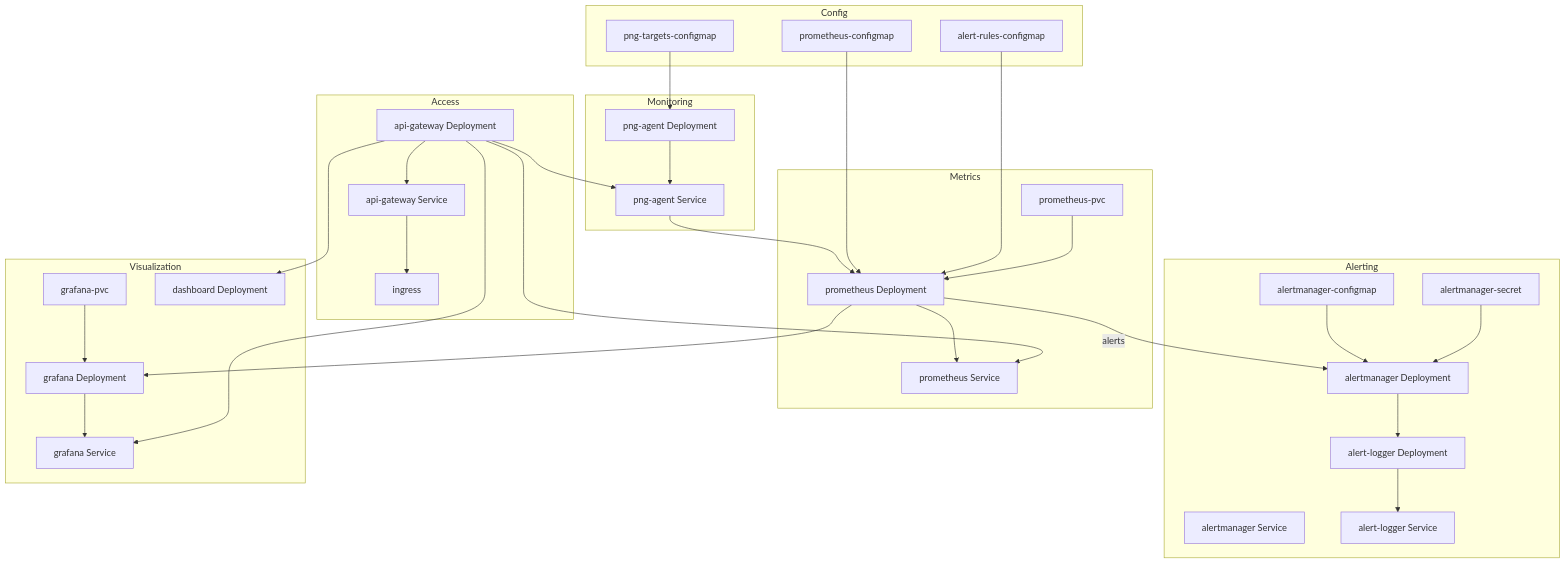
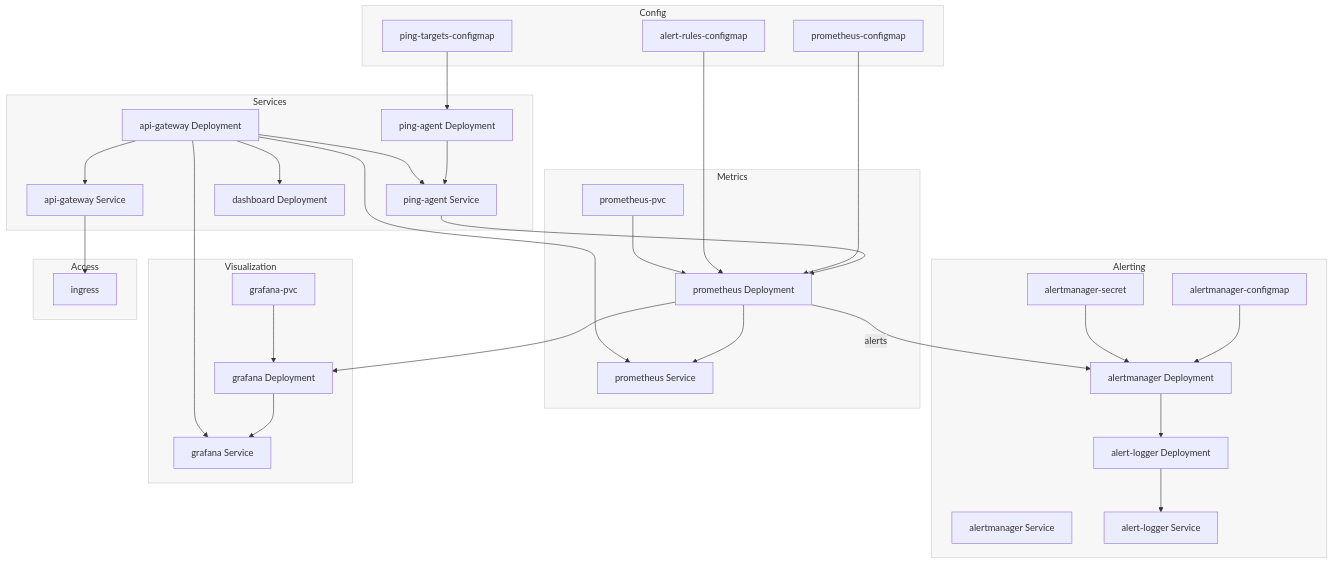
Before and after one commit to fattah247/UpTimePulse: the second of 2 diagrams in ARCHITECTURE.md, drawn with Mermaid. The commit also changed other lines of this file, not shown here.

Commit message:
docs(architecture): polish mermaid layout

````diff
--- a/ARCHITECTURE.md
+++ b/ARCHITECTURE.md
@@ -37,61 +56,65 @@
 ```mermaid
-flowchart TD
-  subgraph Config
-    targets[png-targets-configmap]
+flowchart TB
+  linkStyle default stroke-width:1px
+  classDef group fill:#f7f7f7,stroke:#cccccc,stroke-width:1px
+  subgraph Config["Config"]
+    targets[ping-targets-configmap]
     promCfg[prometheus-configmap]
     alertRules[alert-rules-configmap]
   end
 
-  subgraph Monitoring
-    ping[png-agent Deployment]
-    pingSvc[png-agent Service]
+  subgraph Services["Services"]
+    pingDep[ping-agent Deployment]
+    pingSvc[ping-agent Service]
+    apiDep[api-gateway Deployment]
+    apiSvc[api-gateway Service]
+    dash[dashboard Deployment]
   end
 
-  subgraph Metrics
-    prom[prometheus Deployment]
+  subgraph Metrics["Metrics"]
+    promDep[prometheus Deployment]
     promSvc[prometheus Service]
     promPVC[prometheus-pvc]
   end
 
-  subgraph Alerting
-    am[alertmanager Deployment]
+  subgraph Alerting["Alerting"]
+    amDep[alertmanager Deployment]
     amSvc[alertmanager Service]
     amCfg[alertmanager-configmap]
     amSecret[alertmanager-secret]
-    logger[alert-logger Deployment]
+    loggerDep[alert-logger Deployment]
     loggerSvc[alert-logger Service]
   end
 
-  subgraph Visualization
-    graf[grafana Deployment]
+  subgraph Visualization["Visualization"]
+    grafDep[grafana Deployment]
     grafSvc[grafana Service]
     grafPVC[grafana-pvc]
-    dash[dashboard Deployment]
   end
 
-  subgraph Access
-    api[api-gateway Deployment]
-    apiSvc[api-gateway Service]
+  subgraph Access["Access"]
     ing[ingress]
   end
 
-  targets --> ping
-  ping --> pingSvc --> prom
-  promCfg --> prom
-  alertRules --> prom
-  promPVC --> prom
-  prom --> promSvc
-  prom -->|alerts| am
-  amCfg --> am
-  amSecret --> am
-  am --> logger
-  logger --> loggerSvc
-  prom --> graf
-  grafPVC --> graf
-  graf --> grafSvc
-  api --> pingSvc
-  api --> promSvc
-  api --> grafSvc
-  api --> dash
-  api --> apiSvc --> ing
+  targets --> pingDep
+  pingDep --> pingSvc --> promDep
+  promCfg --> promDep
+  alertRules --> promDep
+  promPVC --> promDep
+  promDep --> promSvc
+  promDep -->|alerts| amDep
+  amCfg --> amDep
+  amSecret --> amDep
+  amDep --> loggerDep
+  loggerDep --> loggerSvc
+  promDep --> grafDep
+  grafPVC --> grafDep
+  grafDep --> grafSvc
+  apiDep --> pingSvc
+  apiDep --> promSvc
+  apiDep --> grafSvc
+  apiDep --> dash
+  apiDep --> apiSvc --> ing
+
+  class Config,Services,Metrics,Alerting,Visualization,Access group
 ```
````
